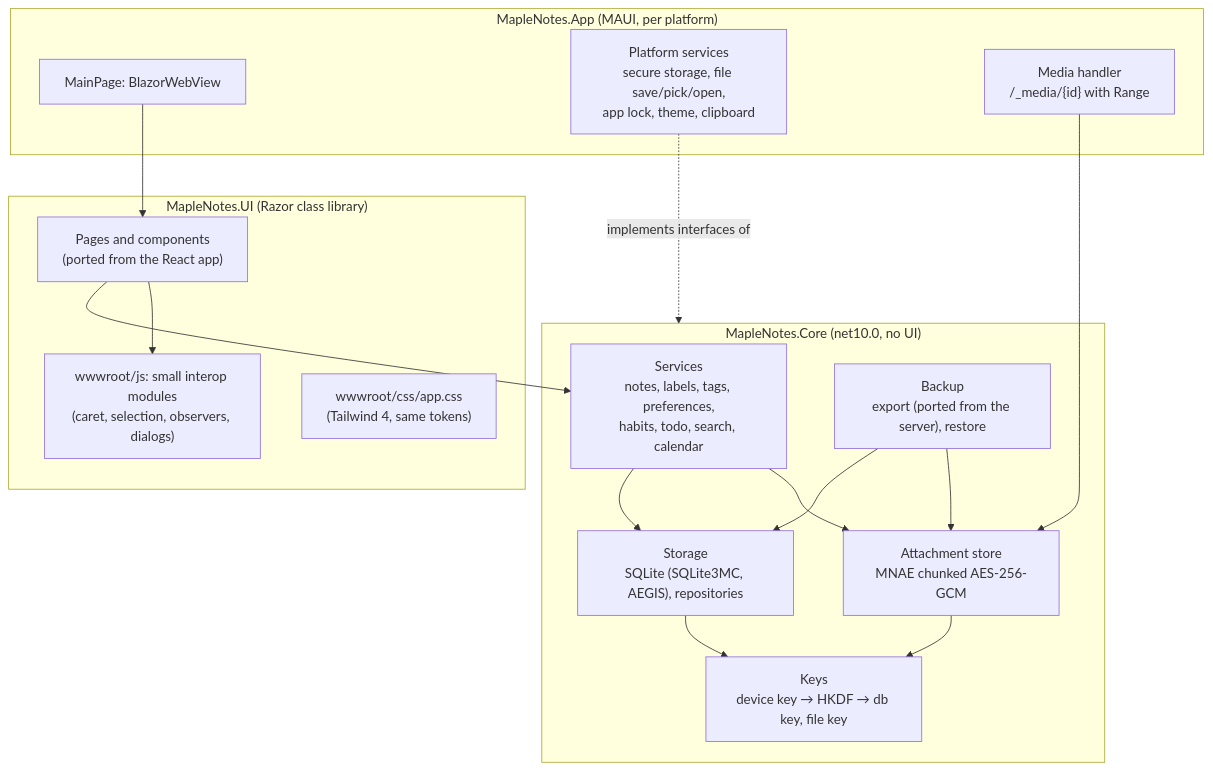
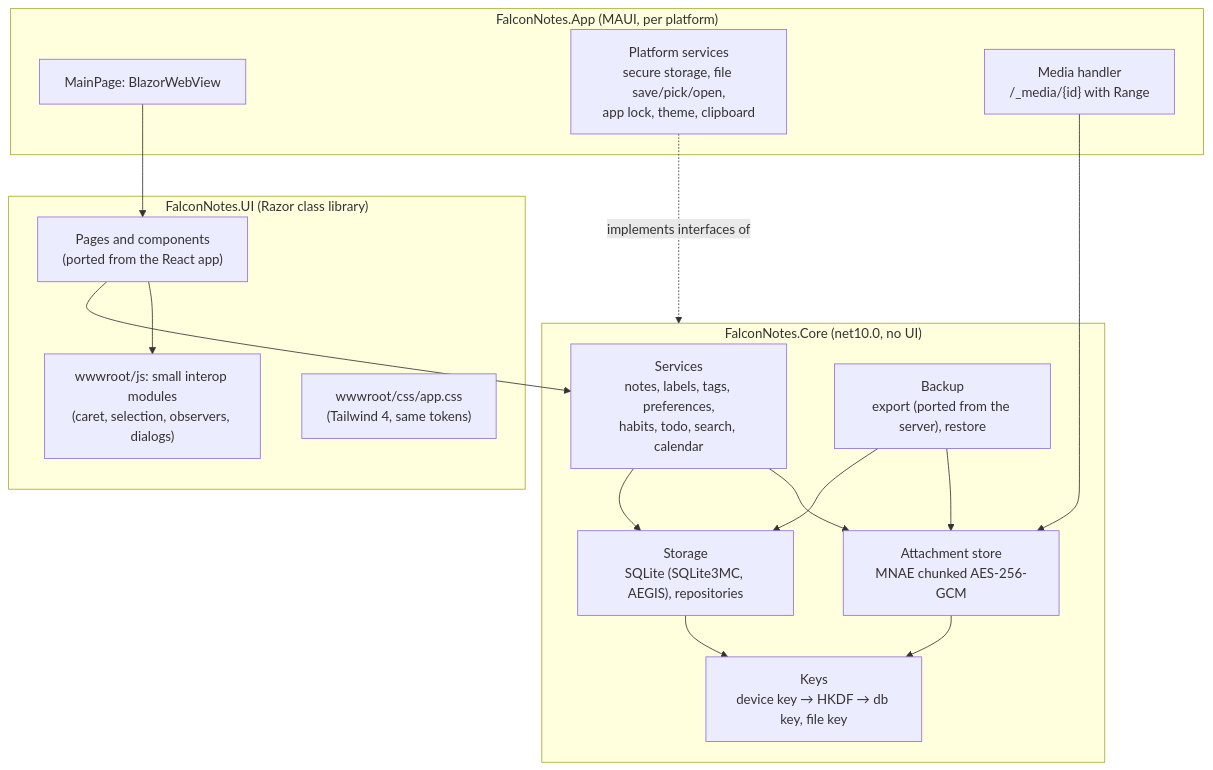
The diagram in docs/02-architecture.md (supunsarachitha/FalconNotes), drawn with Mermaid before and after one commit. The commit also changed other lines of this file and 14 other files, not shown here.

First line of the commit message:
Name the app Falcon Notes (decision D12)

````diff
--- a/docs/02-architecture.md
+++ b/docs/02-architecture.md
@@ -5,31 +5,31 @@
 ```mermaid
 flowchart TB
-    subgraph app["MapleNotes.App (MAUI, per platform)"]
+    subgraph app["FalconNotes.App (MAUI, per platform)"]
         host["MainPage: BlazorWebView"]
         platform["Platform services<br/>secure storage, file save/pick/open,<br/>app lock, theme, clipboard"]
         media["Media handler<br/>/_media/{id} with Range"]
     end
-    subgraph ui["MapleNotes.UI (Razor class library)"]
+    subgraph ui["FalconNotes.UI (Razor class library)"]
         pages["Pages and components<br/>(ported from the React app)"]
         js["wwwroot/js: small interop modules<br/>(caret, selection, observers, dialogs)"]
         css["wwwroot/css/app.css<br/>(Tailwind 4, same tokens)"]
     end
-    subgraph core["MapleNotes.Core (net10.0, no UI)"]
+    subgraph core["FalconNotes.Core (net10.0, no UI)"]
         services["Services<br/>notes, labels, tags, preferences,<br/>habits, todo, search, calendar"]
         backup["Backup<br/>export (ported from the server), restore"]
         storage["Storage<br/>SQLite (SQLite3MC, AEGIS), repositories"]
         files["Attachment store<br/>MNAE chunked AES-256-GCM"]
         crypto["Keys<br/>device key → HKDF → db key, file key"]
     end
     host --> pages
     pages --> services
     pages --> js
     media --> files
     services --> storage
     services --> files
     backup --> storage
     backup --> files
     storage --> crypto
     files --> crypto
     platform -.implements interfaces of.-> core
 ```
````
